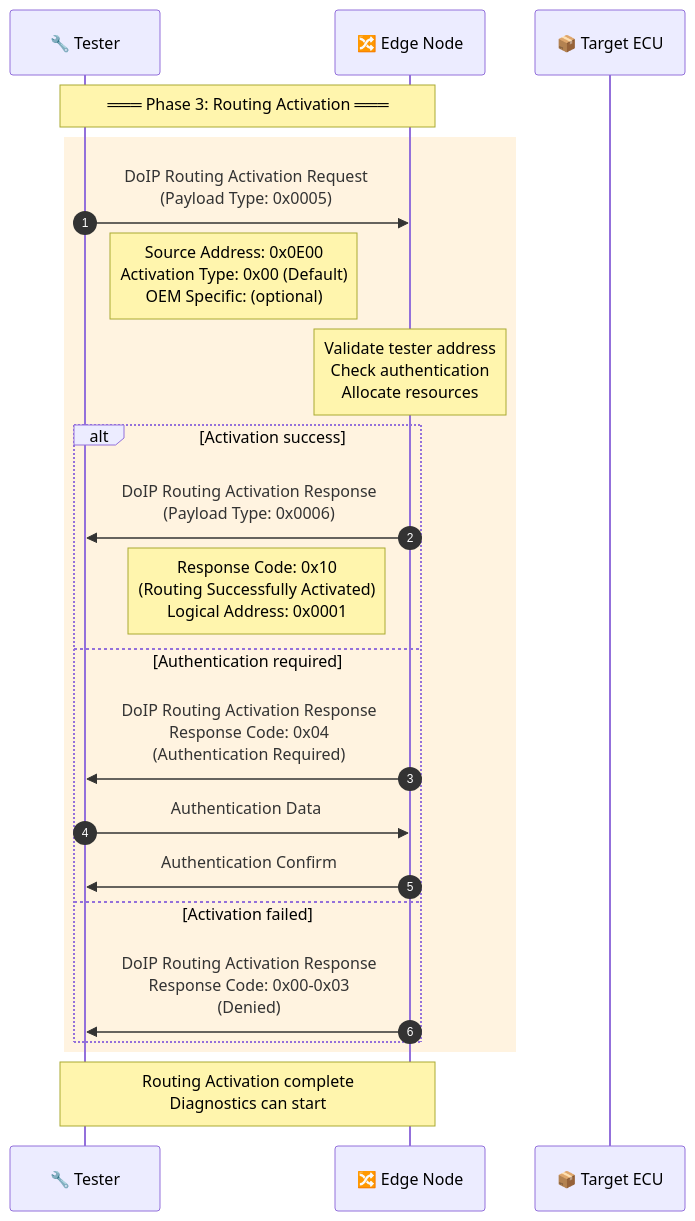
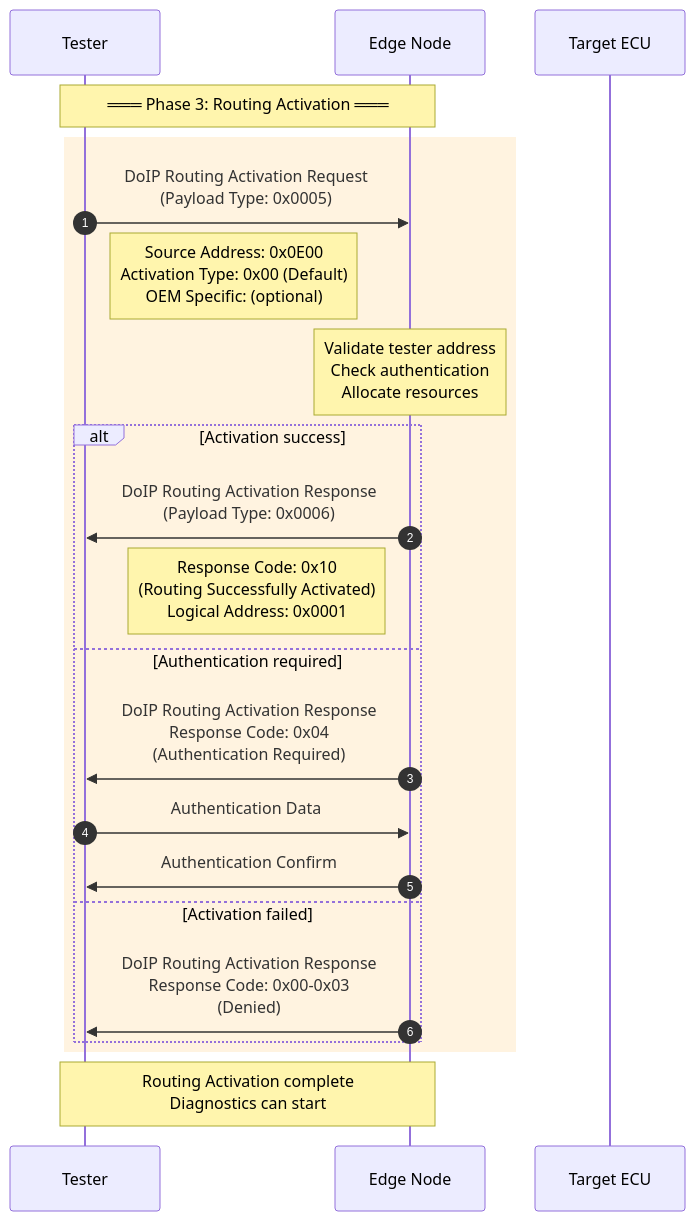
Before and after one commit to michaellinhq/automotive-develop-architecture: the fourth of 10 diagrams in docs/03_Software_Architecture/DoIP_Routing_Strategy.en.md, drawn with Mermaid. The commit also changed other lines of this file and 7 other files, not shown here.

Commit message:
Harden Mermaid syntax in English docs

````diff
--- a/docs/03_Software_Architecture/DoIP_Routing_Strategy.en.md
+++ b/docs/03_Software_Architecture/DoIP_Routing_Strategy.en.md
@@ -143,30 +143,30 @@
 ```mermaid
 sequenceDiagram
     autonumber
-    participant Tester as 🔧 Tester
-    participant Edge as 🔀 Edge Node
-    participant Target as 📦 Target ECU
+    participant Tester as  Tester
+    participant Edge as  Edge Node
+    participant Target as  Target ECU
 
     Note over Tester,Edge: ═══ Phase 3: Routing Activation ═══
 
     rect rgb(255, 243, 224)
         Tester->>Edge: DoIP Routing Activation Request<br/>(Payload Type: 0x0005)
         Note right of Tester: Source Address: 0x0E00<br/>Activation Type: 0x00 (Default)<br/>OEM Specific: (optional)
 
         Note over Edge: Validate tester address<br/>Check authentication<br/>Allocate resources
 
         alt Activation success
             Edge->>Tester: DoIP Routing Activation Response<br/>(Payload Type: 0x0006)
             Note left of Edge: Response Code: 0x10<br/>(Routing Successfully Activated)<br/>Logical Address: 0x0001
         else Authentication required
             Edge->>Tester: DoIP Routing Activation Response<br/>Response Code: 0x04<br/>(Authentication Required)
 
             Tester->>Edge: Authentication Data
             Edge->>Tester: Authentication Confirm
         else Activation failed
             Edge->>Tester: DoIP Routing Activation Response<br/>Response Code: 0x00-0x03<br/>(Denied)
         end
     end
 
     Note over Tester,Edge: Routing Activation complete<br/>Diagnostics can start
 ```
````
